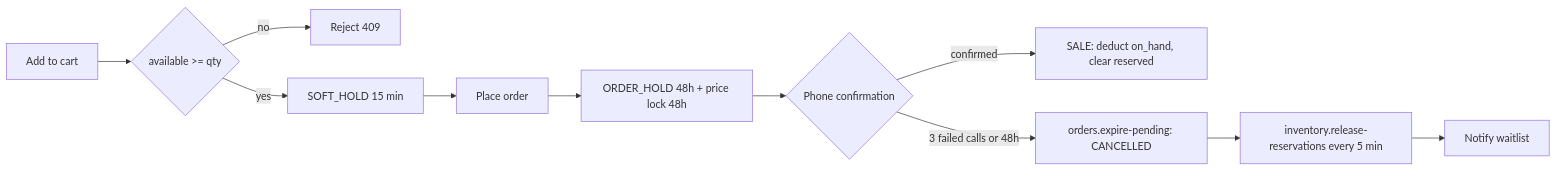
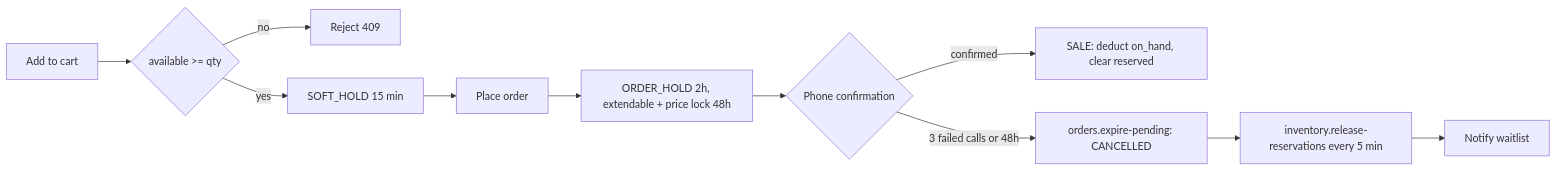
The second of 2 diagrams in docs/07-catalog.md (Basio96547/Euueu), drawn with Mermaid before and after one commit. The commit also changed other lines of this file and 10 other files, not shown here.

````diff
--- a/docs/07-catalog.md
+++ b/docs/07-catalog.md
@@ -153,13 +153,13 @@
 ```mermaid
 flowchart LR
     A[Add to cart] --> B{available >= qty}
     B -- no --> C[Reject 409]
     B -- yes --> D[SOFT_HOLD 15 min]
     D --> E[Place order]
-    E --> F[ORDER_HOLD 48h + price lock 48h]
+    E --> F[ORDER_HOLD 2h, extendable + price lock 48h]
     F --> G{Phone confirmation}
     G -- confirmed --> H[SALE: deduct on_hand, clear reserved]
     G -- 3 failed calls or 48h --> I[orders.expire-pending: CANCELLED]
     I --> J[inventory.release-reservations every 5 min]
     J --> K[Notify waitlist]
 ```
````
